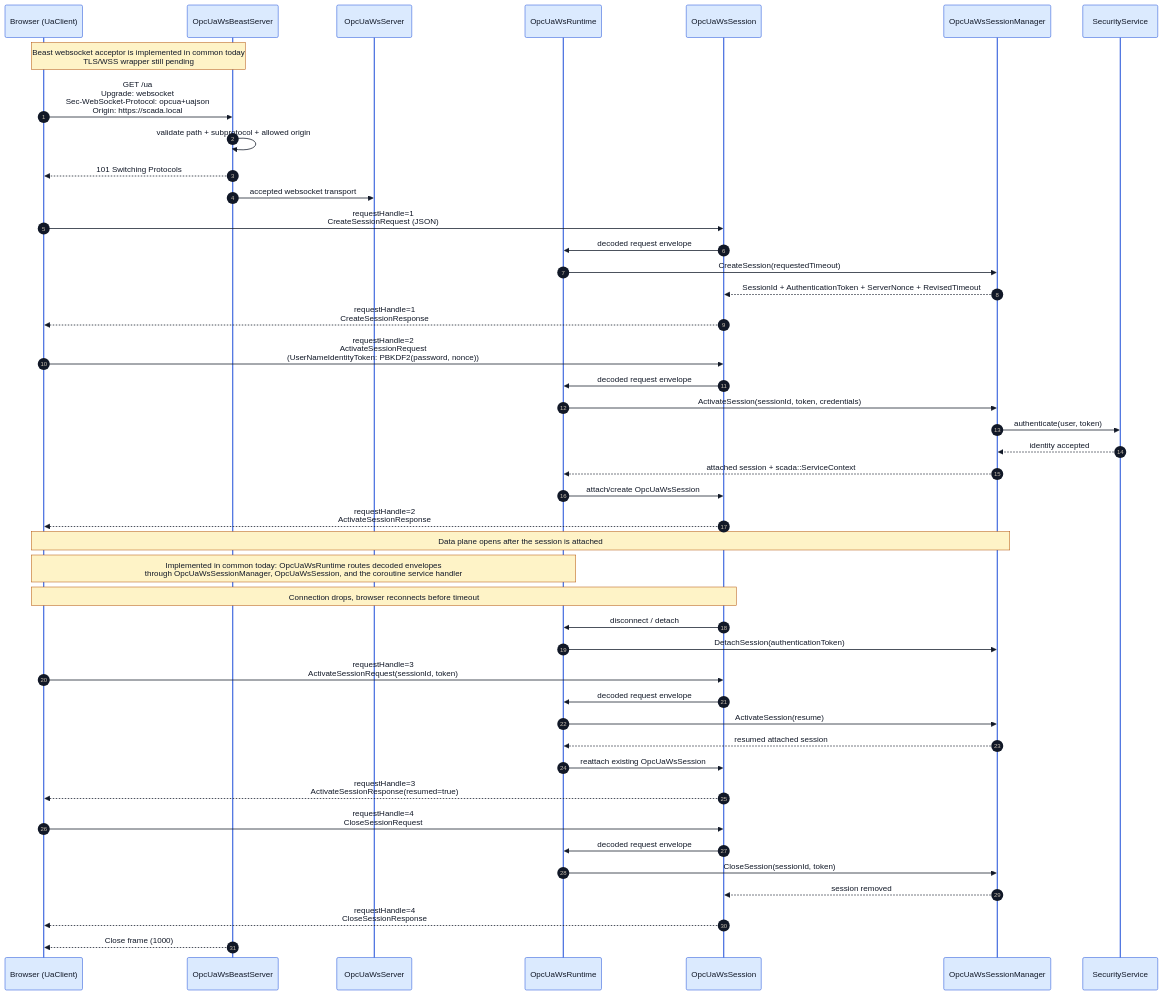
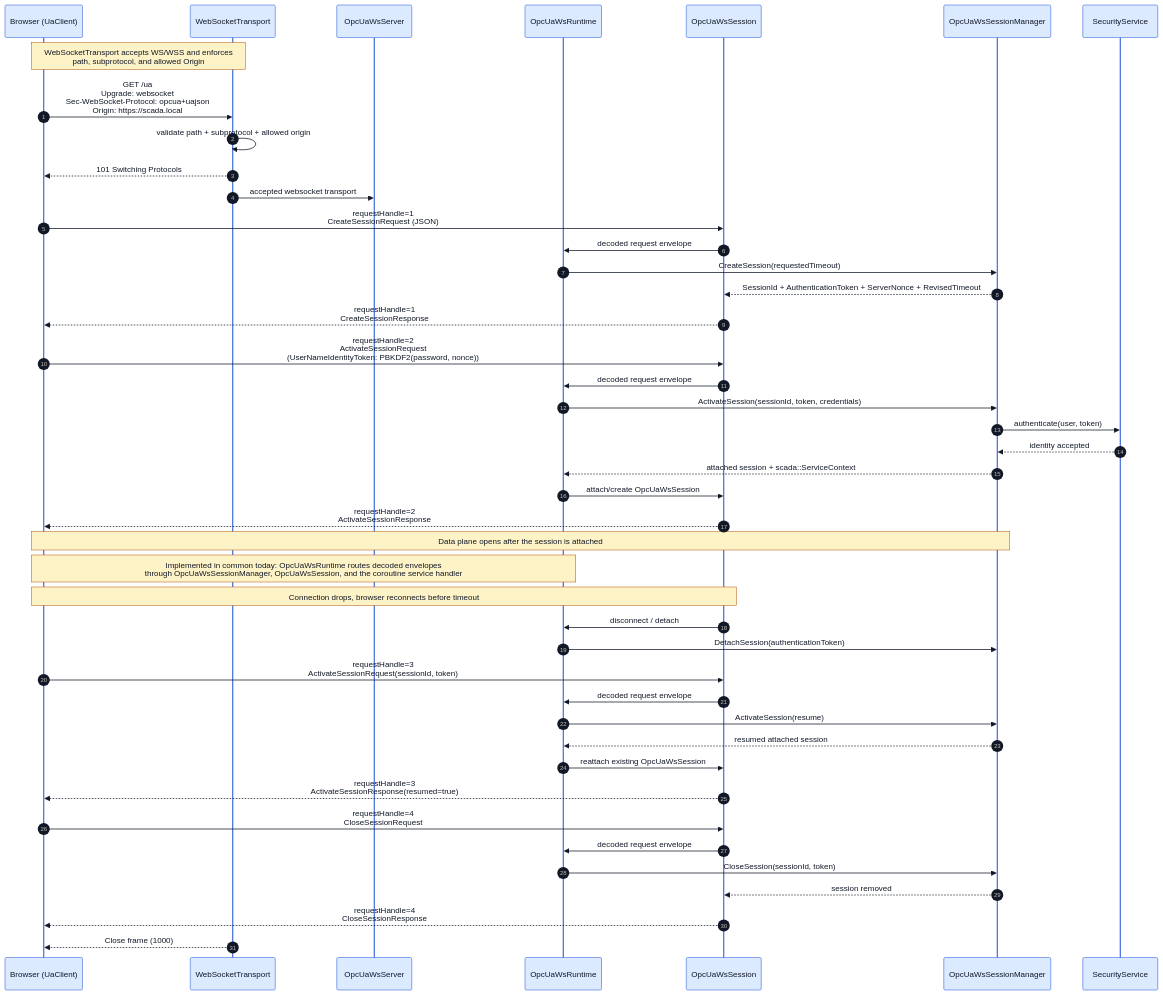
The diagram in docs/opcua_ws_session_sequence.mmd (alexsmn/scada-common), drawn with Mermaid before and after one commit. The commit also changed 9 other files, not shown here.

Commit message:
Migrate OPC UA WS server to websocket transport

```diff
--- a/docs/opcua_ws_session_sequence.mmd
+++ b/docs/opcua_ws_session_sequence.mmd
@@ -1,65 +1,65 @@
 %%{init: {
   'theme': 'base',
   'themeVariables': {
     'background': '#ffffff',
     'primaryColor': '#f3f4f6',
     'primaryBorderColor': '#374151',
     'primaryTextColor': '#111827',
     'lineColor': '#374151',
     'actorBkg': '#dbeafe',
     'actorBorder': '#1d4ed8',
     'actorTextColor': '#111827',
     'noteBkgColor': '#fef3c7',
     'noteBorderColor': '#b45309',
     'noteTextColor': '#111827'
   }
 }}%%
 sequenceDiagram
     autonumber
     participant B as Browser (UaClient)
-    participant BWS as OpcUaWsBeastServer
+    participant WST as WebSocketTransport
     participant WS as OpcUaWsServer
     participant RT as OpcUaWsRuntime
     participant S as OpcUaWsSession
     participant M as OpcUaWsSessionManager
     participant SEC as SecurityService
 
-    Note over B,BWS: Beast websocket acceptor is implemented in common today<br/>TLS/WSS wrapper still pending
-    B->>BWS: GET /ua<br/>Upgrade: websocket<br/>Sec-WebSocket-Protocol: opcua+uajson<br/>Origin: https://scada.local
-    BWS->>BWS: validate path + subprotocol + allowed origin
-    BWS-->>B: 101 Switching Protocols
-    BWS->>WS: accepted websocket transport
+    Note over B,WST: WebSocketTransport accepts WS/WSS and enforces<br/>path, subprotocol, and allowed Origin
+    B->>WST: GET /ua<br/>Upgrade: websocket<br/>Sec-WebSocket-Protocol: opcua+uajson<br/>Origin: https://scada.local
+    WST->>WST: validate path + subprotocol + allowed origin
+    WST-->>B: 101 Switching Protocols
+    WST->>WS: accepted websocket transport
     B->>S: requestHandle=1<br/>CreateSessionRequest (JSON)
     S->>RT: decoded request envelope
     RT->>M: CreateSession(requestedTimeout)
     M-->>S: SessionId + AuthenticationToken + ServerNonce + RevisedTimeout
     S-->>B: requestHandle=1<br/>CreateSessionResponse
 
     B->>S: requestHandle=2<br/>ActivateSessionRequest<br/>(UserNameIdentityToken: PBKDF2(password, nonce))
     S->>RT: decoded request envelope
     RT->>M: ActivateSession(sessionId, token, credentials)
     M->>SEC: authenticate(user, token)
     SEC-->>M: identity accepted
     M-->>RT: attached session + scada::ServiceContext
     RT->>S: attach/create OpcUaWsSession
     S-->>B: requestHandle=2<br/>ActivateSessionResponse
 
     Note over B,M: Data plane opens after the session is attached
     Note over B,RT: Implemented in common today: OpcUaWsRuntime routes decoded envelopes<br/>through OpcUaWsSessionManager, OpcUaWsSession, and the coroutine service handler
 
     Note over B,S: Connection drops, browser reconnects before timeout
     S->>RT: disconnect / detach
     RT->>M: DetachSession(authenticationToken)
     B->>S: requestHandle=3<br/>ActivateSessionRequest(sessionId, token)
     S->>RT: decoded request envelope
     RT->>M: ActivateSession(resume)
     M-->>RT: resumed attached session
     RT->>S: reattach existing OpcUaWsSession
     S-->>B: requestHandle=3<br/>ActivateSessionResponse(resumed=true)
 
     B->>S: requestHandle=4<br/>CloseSessionRequest
     S->>RT: decoded request envelope
     RT->>M: CloseSession(sessionId, token)
     M-->>S: session removed
     S-->>B: requestHandle=4<br/>CloseSessionResponse
-    BWS-->>B: Close frame (1000)
+    WST-->>B: Close frame (1000)
```
